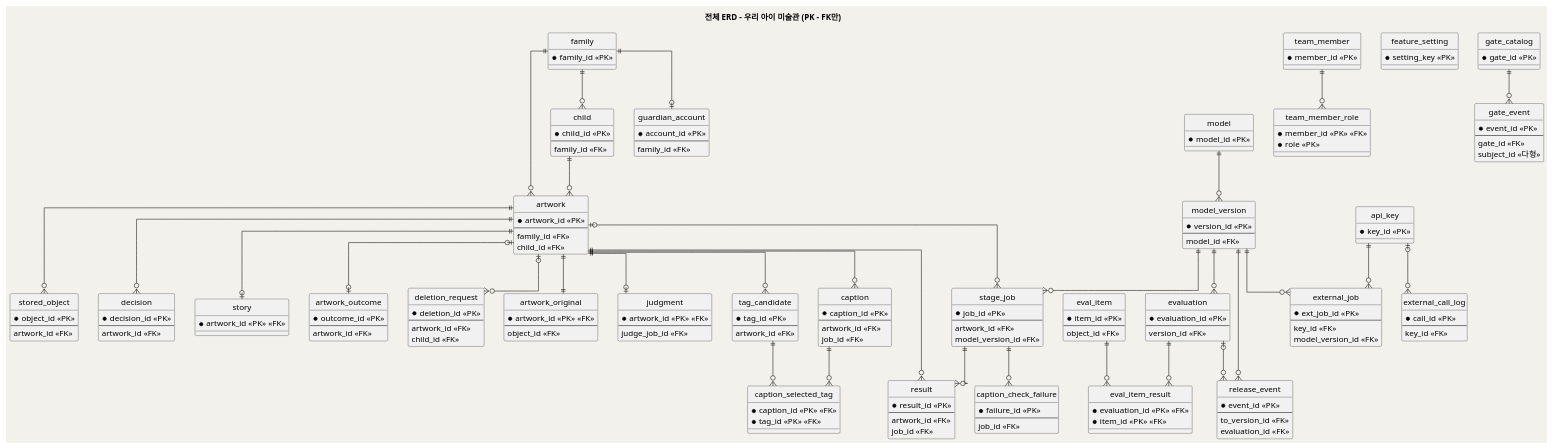
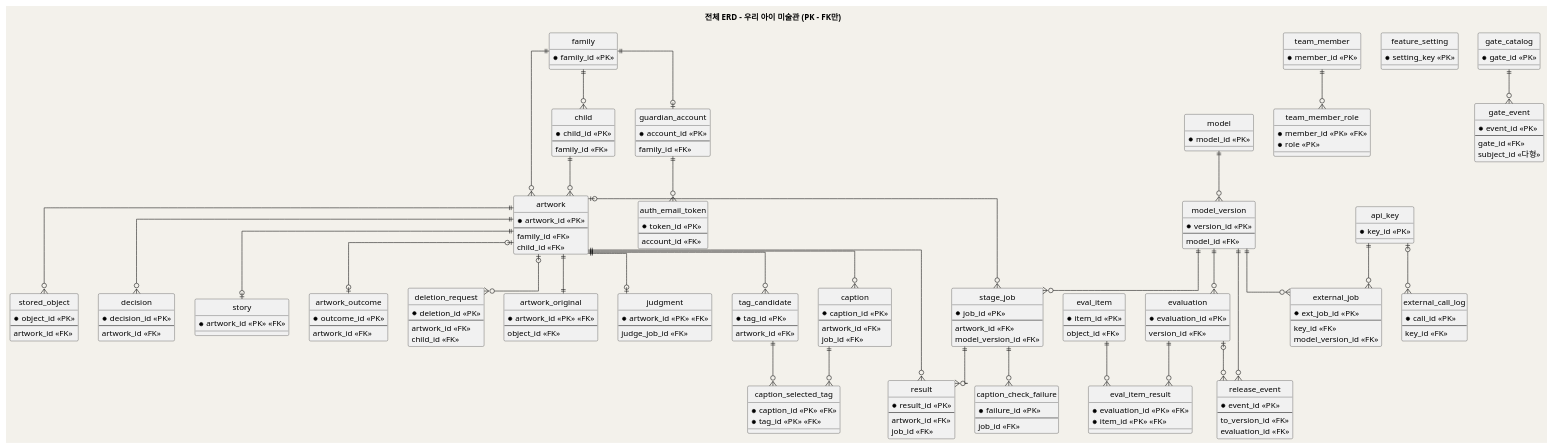
The second of 11 diagrams in design/SD_03_데이터베이스설계서_우리아이미술관.md (kids-gallery/uri-gallery), drawn with PlantUML before and after one commit. The commit also changed other lines of this file and 14 other files, not shown here.

```diff
--- a/design/SD_03_데이터베이스설계서_우리아이미술관.md
+++ b/design/SD_03_데이터베이스설계서_우리아이미술관.md
@@ -273,6 +274,11 @@
   * account_id <<PK>>
   --
   family_id <<FK>>
+}
+entity "auth_email_token" as aet {
+  * token_id <<PK>>
+  --
+  account_id <<FK>>
 }
 entity "child" as child {
   * child_id <<PK>>
@@ -413,6 +419,7 @@
   subject_id <<다형>>
 }
 family ||--o| ga
+ga ||--o{ aet
 family ||--o{ child
 tm ||--o{ tmr
 family ||--o{ aw
```
